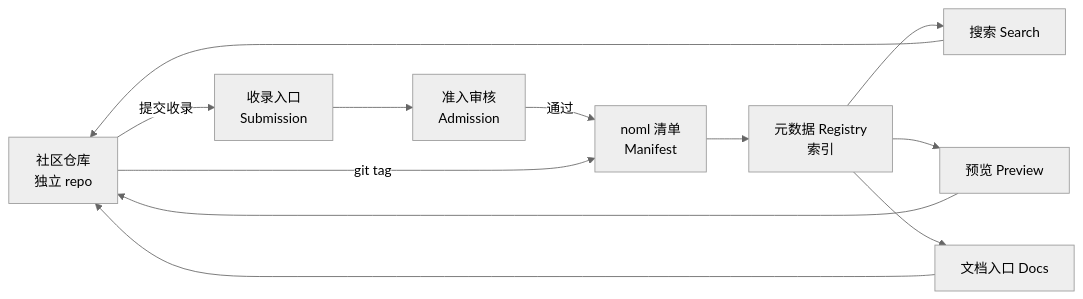
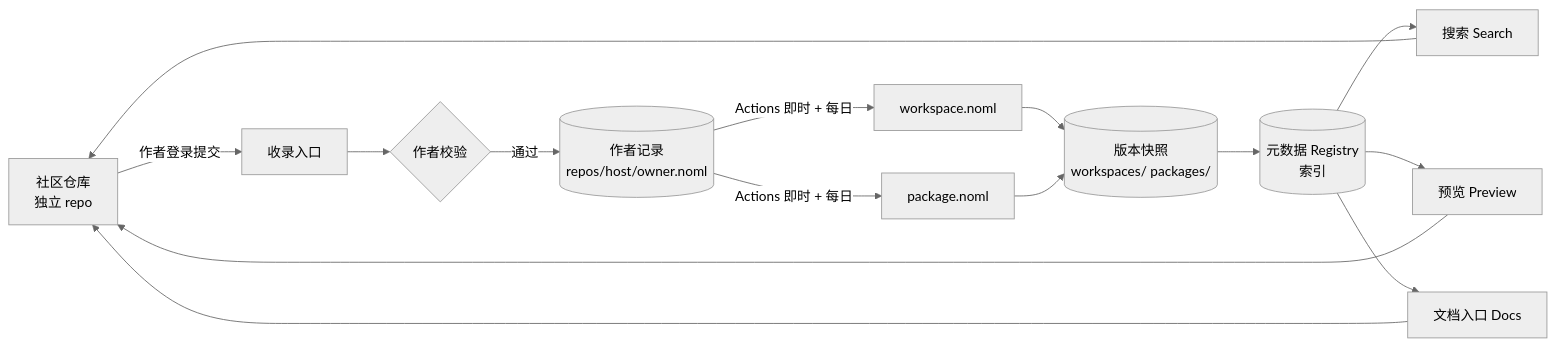
The diagram in README.md (lizongying/nohub), drawn with Mermaid (neutral theme) before and after one commit. The commit also changed other lines of this file and 48 other files, not shown here.

````diff
--- a/README.md
+++ b/README.md
@@ -26,14 +30,17 @@
 ```mermaid
 flowchart LR
-    A[社区仓库\n独立 repo] -->|提交收录| B[收录入口\nSubmission]
-    B --> C[准入审核\nAdmission]
-    C -->|通过| D[noml 清单\nManifest]
-    D --> E[元数据 Registry\n索引]
-    E --> F[搜索 Search]
-    E --> G[预览 Preview]
-    E --> H[文档入口 Docs]
-    A -->|git tag| D
+    A[社区仓库\n独立 repo] -->|作者登录提交| B[收录入口]
+    B --> C{作者校验}
+    C -->|通过| R[(作者记录\nrepos/host/owner.noml)]
+    R -->|Actions 即时 + 每日| W[workspace.noml]
+    R -->|Actions 即时 + 每日| P[package.noml]
+    W --> SN[(版本快照\nworkspaces/ packages/)]
+    P --> SN
+    SN --> I[(元数据 Registry\n索引)]
+    I --> F[搜索 Search]
+    I --> G[预览 Preview]
+    I --> H[文档入口 Docs]
     F --> A
     G --> A
     H --> A
 ```
````
